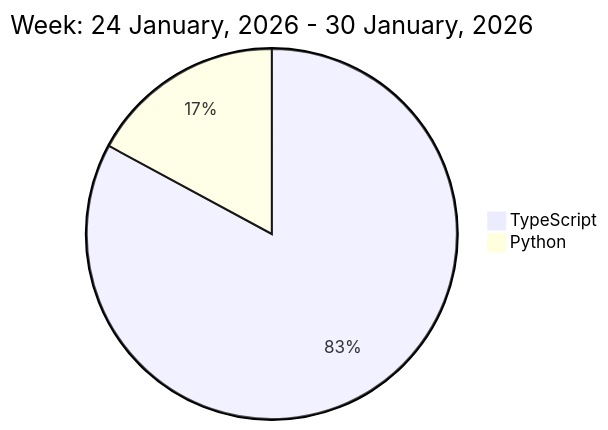
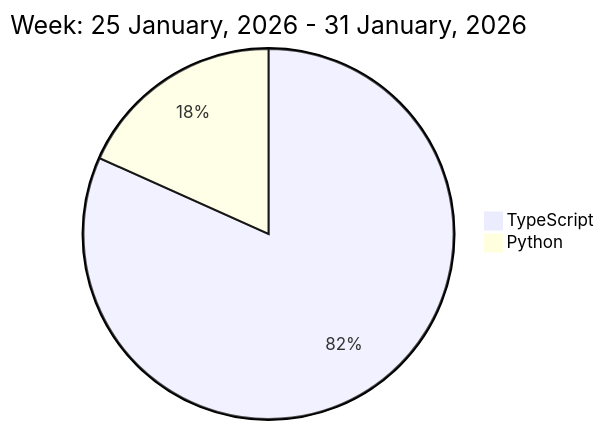
Before and after one commit to liubin95/liubin95: the diagram in README.md, drawn with Mermaid.

Commit message:
Updated the Graph with new Metrics

````diff
--- a/README.md
+++ b/README.md
@@ -37,6 +37,6 @@
 ```mermaid
  pie
-title Week: 24 January, 2026 - 30 January, 2026
+title Week: 25 January, 2026 - 31 January, 2026
  "TypeScript" : 13.18
- "Python" : 2.72
+ "Python" : 2.95
 ```
````
